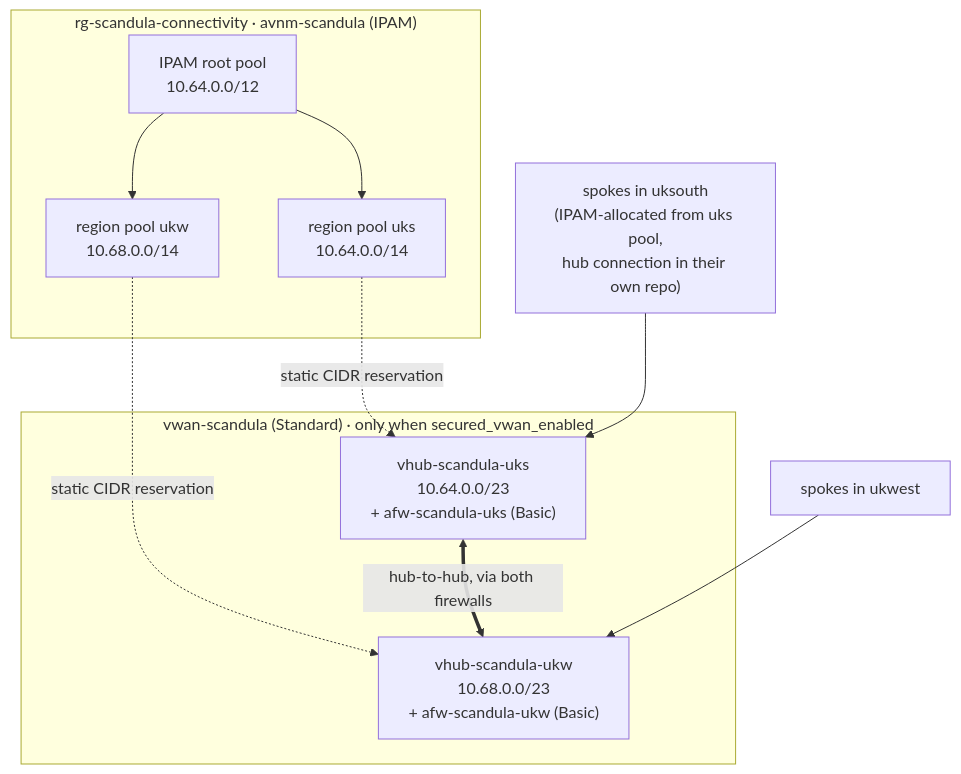
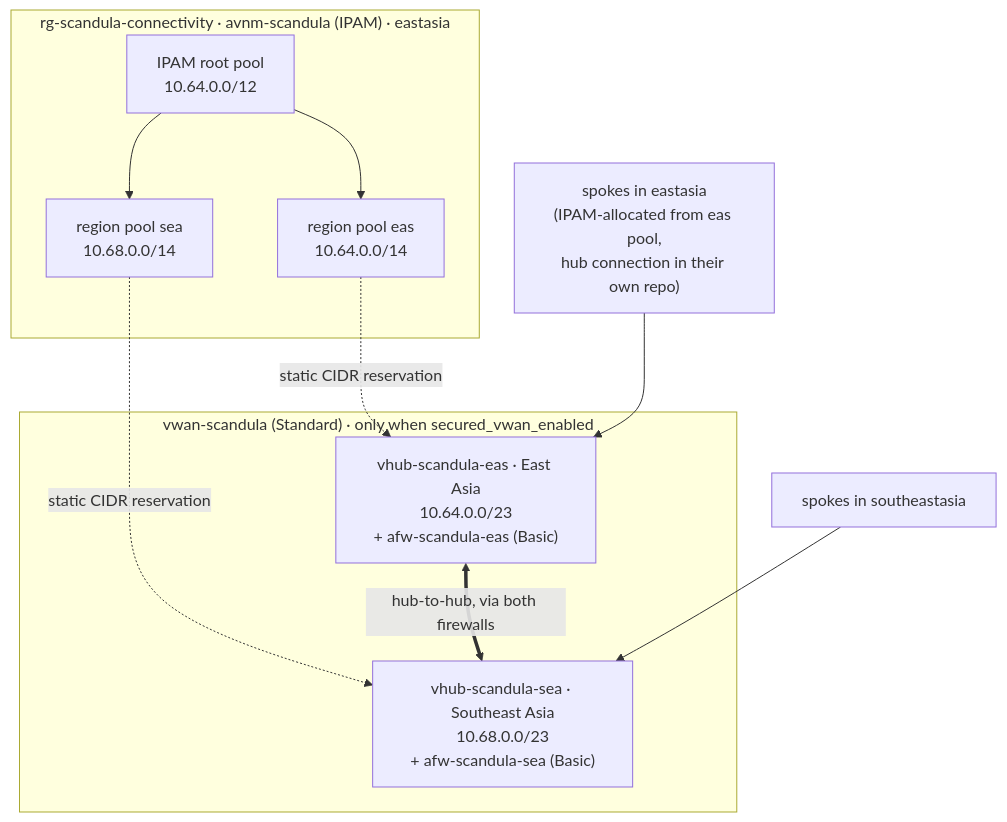
The diagram in docs/design.md (benoitnvl/scandula), drawn with Mermaid before and after one commit. The commit also changed other lines of this file and 3 other files, not shown here.

First line of the commit message:
Hubs in East Asia + Southeast Asia, to avoid capacity contention

````diff
--- a/docs/design.md
+++ b/docs/design.md
@@ -5,22 +5,22 @@
 ```mermaid
 flowchart TB
-  subgraph cp["rg-scandula-connectivity · avnm-scandula (IPAM)"]
+  subgraph cp["rg-scandula-connectivity · avnm-scandula (IPAM) · eastasia"]
     root["IPAM root pool<br/>10.64.0.0/12"]
-    uksPool["region pool uks<br/>10.64.0.0/14"]
-    ukwPool["region pool ukw<br/>10.68.0.0/14"]
-    root --> uksPool
-    root --> ukwPool
+    easPool["region pool eas<br/>10.64.0.0/14"]
+    seaPool["region pool sea<br/>10.68.0.0/14"]
+    root --> easPool
+    root --> seaPool
   end
 
   subgraph vwan["vwan-scandula (Standard) · only when secured_vwan_enabled"]
-    hubUks["vhub-scandula-uks<br/>10.64.0.0/23<br/>+ afw-scandula-uks (Basic)"]
-    hubUkw["vhub-scandula-ukw<br/>10.68.0.0/23<br/>+ afw-scandula-ukw (Basic)"]
-    hubUks <== "hub-to-hub, via both firewalls" ==> hubUkw
+    hubEas["vhub-scandula-eas · East Asia<br/>10.64.0.0/23<br/>+ afw-scandula-eas (Basic)"]
+    hubSea["vhub-scandula-sea · Southeast Asia<br/>10.68.0.0/23<br/>+ afw-scandula-sea (Basic)"]
+    hubEas <== "hub-to-hub, via both firewalls" ==> hubSea
   end
 
-  uksPool -. "static CIDR reservation" .-> hubUks
-  ukwPool -. "static CIDR reservation" .-> hubUkw
+  easPool -. "static CIDR reservation" .-> hubEas
+  seaPool -. "static CIDR reservation" .-> hubSea
 
-  spokesUks["spokes in uksouth<br/>(IPAM-allocated from uks pool,<br/>hub connection in their own repo)"] --> hubUks
-  spokesUkw["spokes in ukwest"] --> hubUkw
+  spokesEas["spokes in eastasia<br/>(IPAM-allocated from eas pool,<br/>hub connection in their own repo)"] --> hubEas
+  spokesSea["spokes in southeastasia"] --> hubSea
 ```
````
